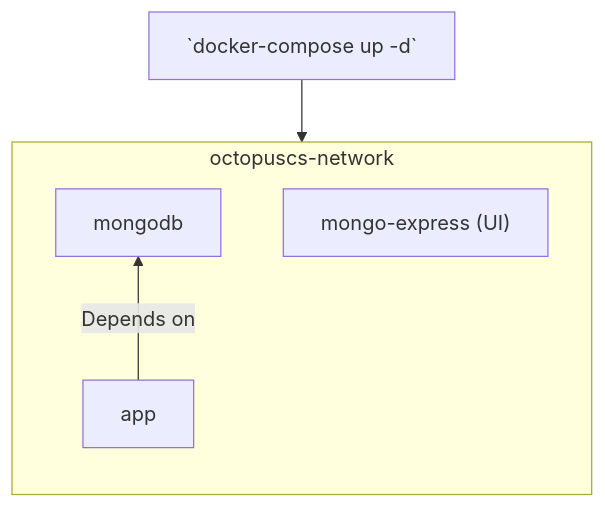
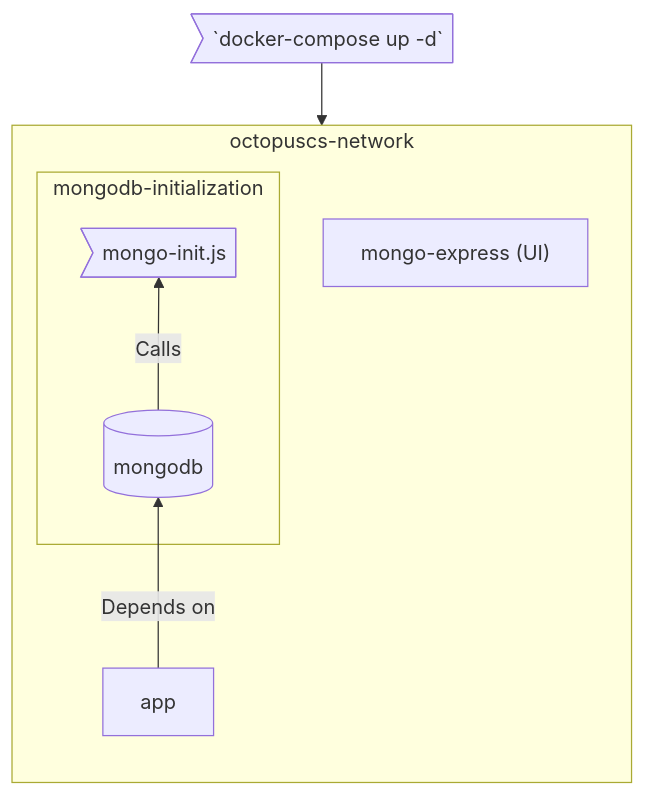
The second of 2 diagrams in README.md (taljacob2/octopuscs), drawn with Mermaid before and after one commit.

Commit message:
Edit Flowchart Graph

````diff
--- a/README.md
+++ b/README.md
@@ -41,11 +41,13 @@
 ```mermaid
 flowchart TD
-    compose[`docker-compose up -d`] --> octopuscs-network[octopuscs network]
+    compose>`docker-compose up -d`] --> octopuscs-network[octopuscs network]
 
     subgraph octopuscs-network
     direction BT
-    mongodb
-    mongo-express["mongo-express (UI)"]
-    app -->|Depends on| mongodb
+        subgraph mongodb-initialization
+            mongodb[(mongodb)] --> |Calls| mongo-init>mongo-init.js]
+        end
+        mongo-express["mongo-express (UI)"]
+        app -->|Depends on| mongodb
     end
 ```
````
